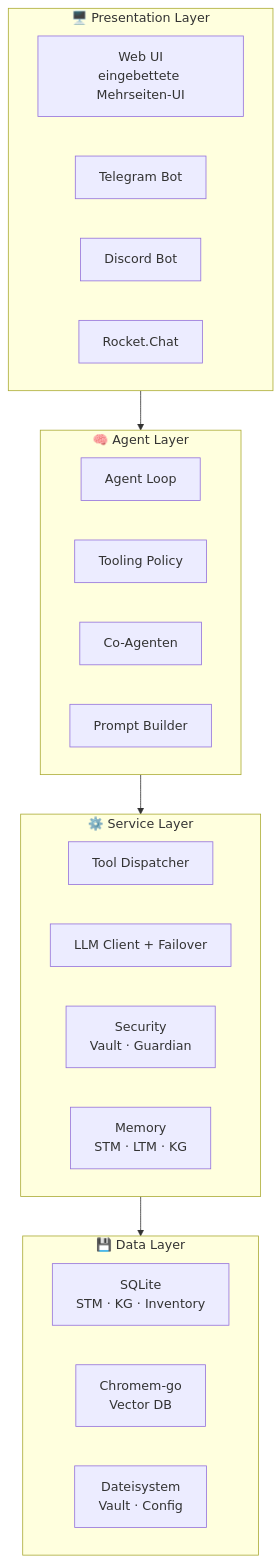
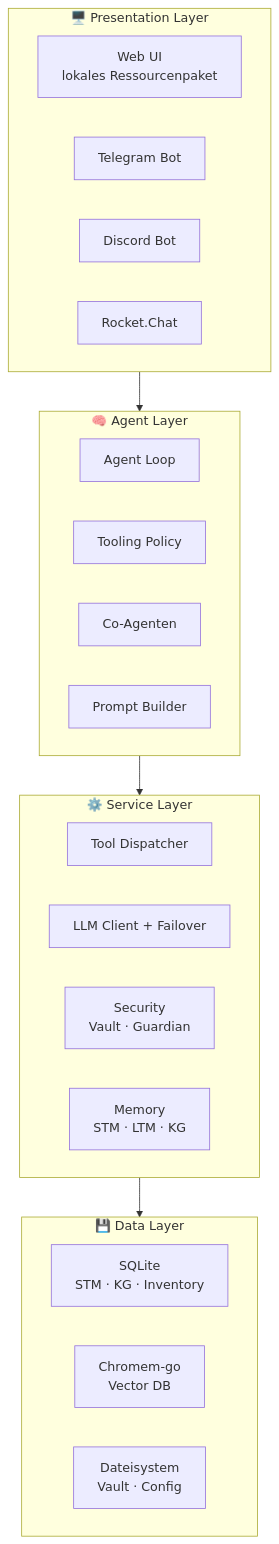
The first of 10 diagrams in documentation/manual/de/23-interna.md (antibyte/AuraGo), drawn with Mermaid before and after one commit. The commit also changed other lines of this file and 58 other files, not shown here.

````diff
--- a/documentation/manual/de/23-interna.md
+++ b/documentation/manual/de/23-interna.md
@@ -41,33 +45,33 @@
 ```mermaid
 flowchart TB
     subgraph Presentation["🖥️ Presentation Layer"]
-        WEB["Web UI<br/>eingebettete Mehrseiten-UI"]
+        WEB["Web UI<br/>lokales Ressourcenpaket"]
         TG["Telegram Bot"]
         DC["Discord Bot"]
         RC["Rocket.Chat"]
     end
 
     subgraph Agent["🧠 Agent Layer"]
         AL["Agent Loop"]
         TP["Tooling Policy"]
         CA["Co-Agenten"]
         PP["Prompt Builder"]
     end
 
     subgraph Service["⚙️ Service Layer"]
         TD["Tool Dispatcher"]
         LLM["LLM Client + Failover"]
         SEC["Security<br/>Vault · Guardian"]
         MEM["Memory<br/>STM · LTM · KG"]
     end
 
     subgraph Data["💾 Data Layer"]
         SQLite["SQLite<br/>STM · KG · Inventory"]
         Chromem["Chromem-go<br/>Vector DB"]
         FS["Dateisystem<br/>Vault · Config"]
     end
 
     Presentation --> Agent
     Agent --> Service
     Service --> Data
 ```
````
